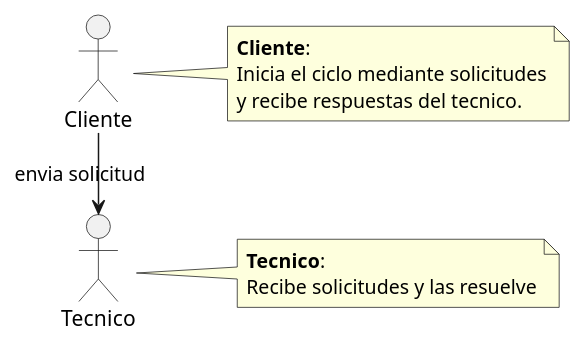
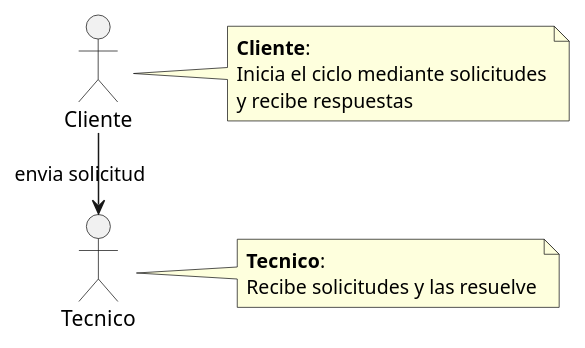
The diagram in Estudiantes/jorge-otero/capitulo2/DdR/Actores/codigo/Actores.puml (pablopeerezm/GII-TFG-2026), drawn with PlantUML before and after one commit. The commit also changed 4 other files, not shown here.

Commit message:
Cap 2 - Diagrama de Contexto

```diff
--- a/Estudiantes/jorge-otero/capitulo2/DdR/Actores/codigo/Actores.puml
+++ b/Estudiantes/jorge-otero/capitulo2/DdR/Actores/codigo/Actores.puml
@@ -1,21 +1,21 @@
 @startuml Actores
 
 left to right direction
 
 actor Cliente
 actor Tecnico
 
 Cliente -right-> Tecnico : envia solicitud
 
 note right of Cliente
 **Cliente**:
 Inicia el ciclo mediante solicitudes
-y recibe respuestas del tecnico.
+y recibe respuestas
 end note
 
 note right of Tecnico
 **Tecnico**:
 Recibe solicitudes y las resuelve
 end note
 
 @enduml
```
